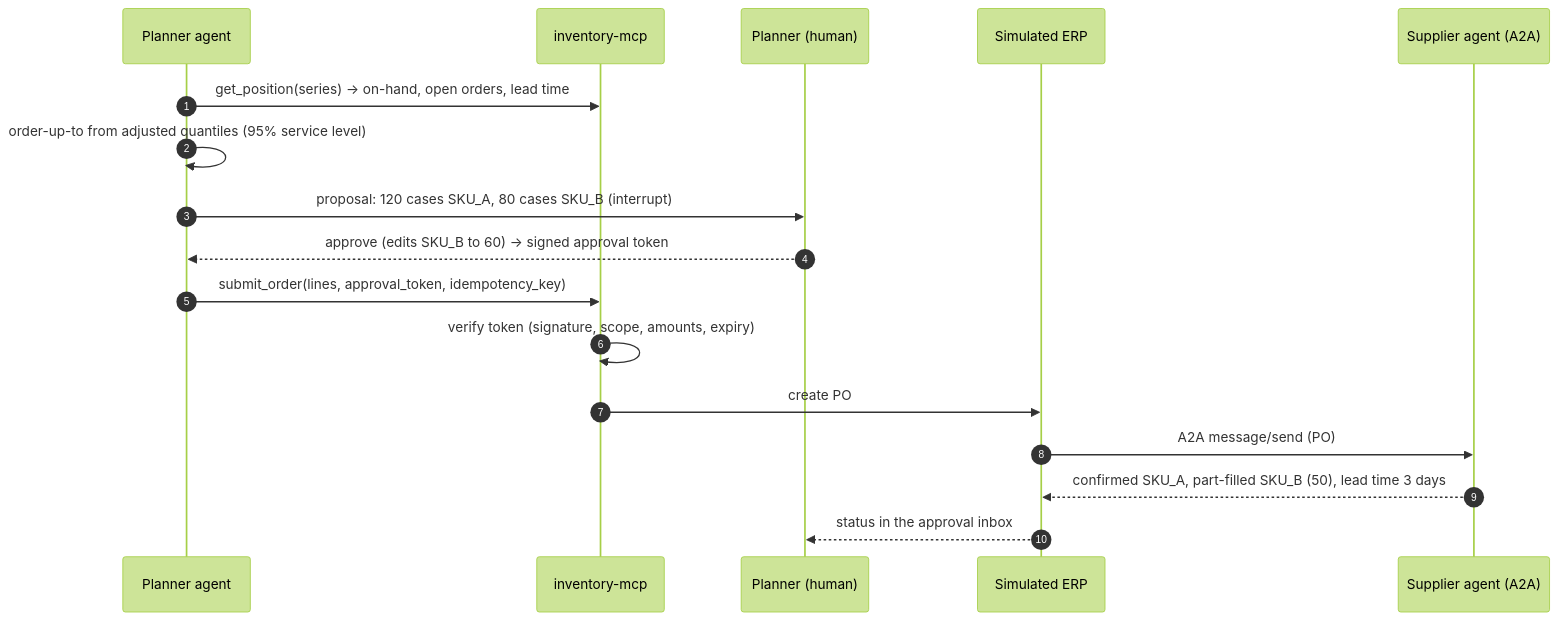
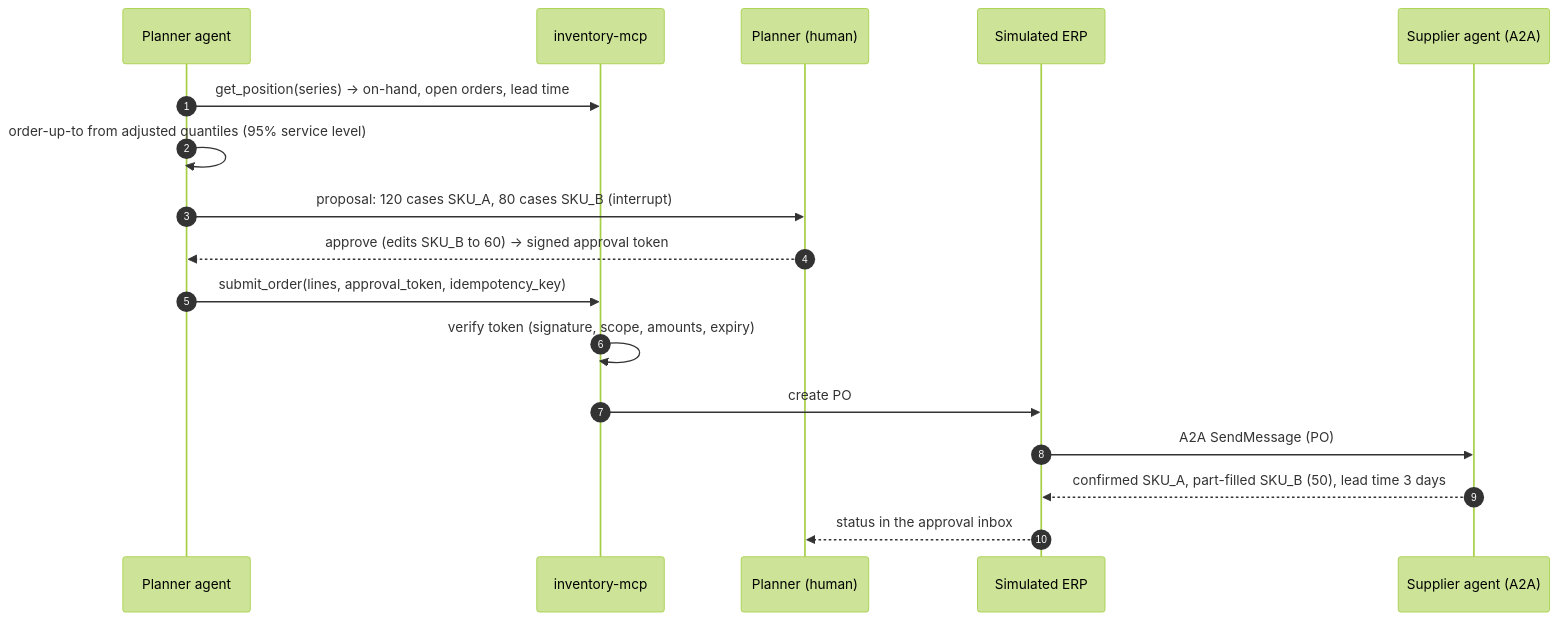
Before and after one commit to pRiMeXoMeGa/AI-Learning-Projects: the sixth of 7 diagrams in projects/08-demand-planning-copilot/docs/02-architecture.md, drawn with Mermaid (forest theme). The commit also changed 26 other files, not shown here.

````diff
--- a/projects/08-demand-planning-copilot/docs/02-architecture.md
+++ b/projects/08-demand-planning-copilot/docs/02-architecture.md
@@ -147,19 +147,19 @@
 ```mermaid
 sequenceDiagram
     autonumber
     participant PL as Planner agent
     participant I as inventory-mcp
     participant U as Planner (human)
     participant ERP as Simulated ERP
     participant S as Supplier agent (A2A)
     PL->>I: get_position(series) → on-hand, open orders, lead time
     PL->>PL: order-up-to from adjusted quantiles (95% service level)
     PL->>U: proposal: 120 cases SKU_A, 80 cases SKU_B (interrupt)
     U-->>PL: approve (edits SKU_B to 60) → signed approval token
     PL->>I: submit_order(lines, approval_token, idempotency_key)
     I->>I: verify token (signature, scope, amounts, expiry)
     I->>ERP: create PO
-    ERP->>S: A2A message/send (PO)
+    ERP->>S: A2A SendMessage (PO)
     S-->>ERP: confirmed SKU_A, part-filled SKU_B (50), lead time 3 days
     ERP-->>U: status in the approval inbox
 ```
````
